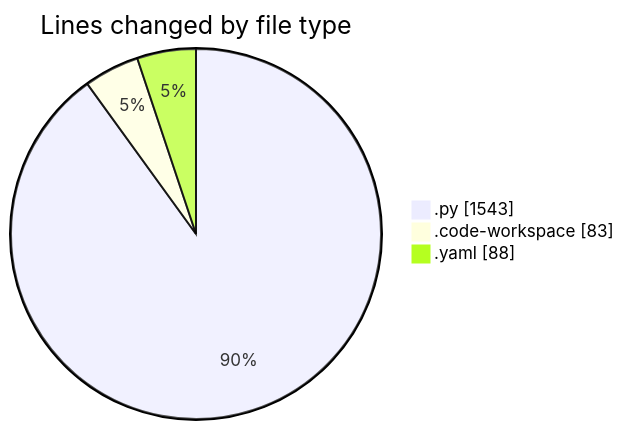
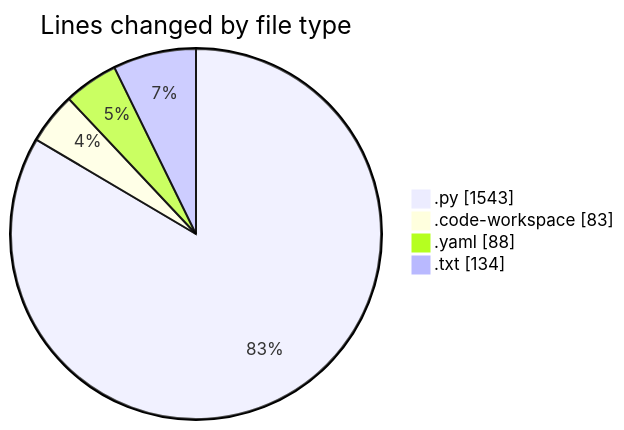
One commit to MatusMokan/code-tracking changed the first of 2 diagrams in 2025-05-15/myws__workspace_/README.md. Above: the diagram before and after it, drawn with Mermaid. The commit also changed other lines of this file and 1 other file, not shown here.

````diff
--- a/2025-05-15/myws__workspace_/README.md
+++ b/2025-05-15/myws__workspace_/README.md
@@ -28,7 +29,8 @@
 ```mermaid
 pie showData
 title Lines changed by file type
 ".py" : 1543
 ".code-workspace" : 83
 ".yaml" : 88
+".txt" : 134
 ```
````
